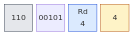
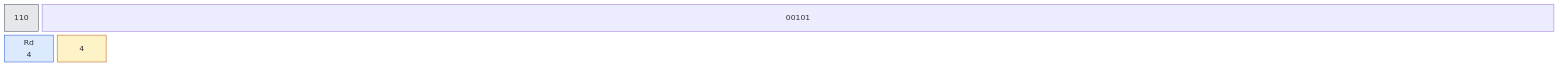
One commit to olfp/Deep16 changed the tenth of 32 diagrams in book/kap03.md. Above: the diagram before and after it, drawn with Mermaid. The commit also changed other lines of this file and 1 other file, not shown here.

Commit message:
book: Befehlsdiagramme auf einheitliches 31-Spalten-Layout (ohne explizite Gap-Blöcke) bereinigt

````diff
--- a/book/kap03.md
+++ b/book/kap03.md
@@ -410,17 +382,17 @@
 ```mermaid
 block-beta
-  columns 4
+  columns 31
   classDef op fill:#e5e7eb,stroke:#374151
   classDef reg fill:#dbeafe,stroke:#1d4ed8
   classDef imm fill:#fef3c7,stroke:#b45309
   classDef off fill:#dcfce7,stroke:#15803d
   classDef seg fill:#ede9fe,stroke:#6d28d9
   classDef all fill:#fee2e2,stroke:#b91c1c
-  b0["110"]:1
-  b1["00101"]:1
-  b2["Rd<br/>4"]:1
-  b3["4"]:1
+  b0["110"]:5
+  b1["00101"]:201
+  b2["Rd<br/>4"]:7
+  b3["4"]:7
   class b0 b1 op
   class b2 reg
   class b3 imm
 ```
````
